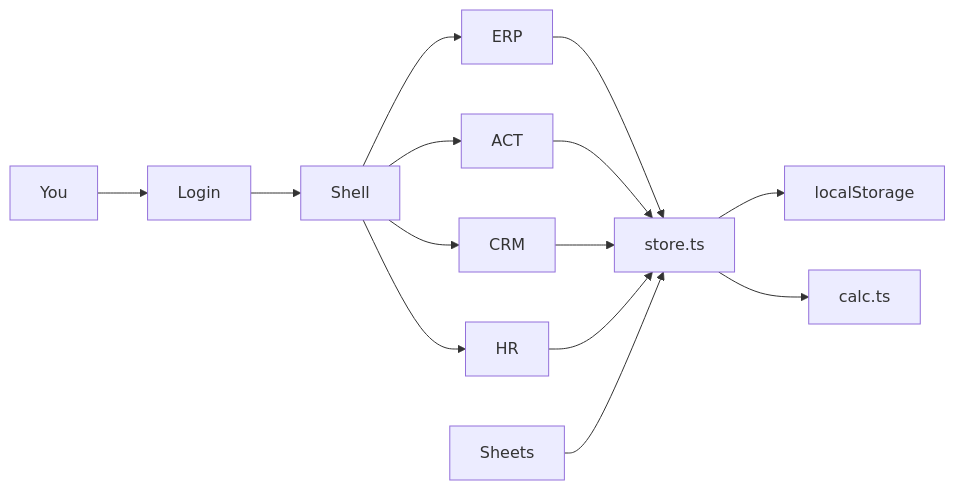
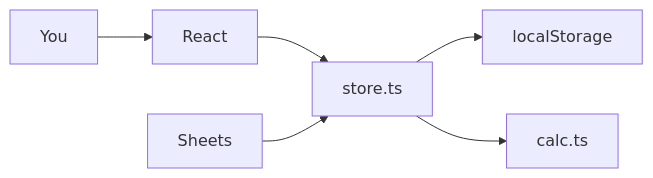
Before and after one commit to Nonarkara/each: the diagram in README.md, drawn with Mermaid. The commit also changed other lines of this file, not shown here.

Commit message:
docs: shrink mermaid so GitHub does not clip nodes
Keep labels short; four modules named in prose under the graph.

````diff
--- a/README.md
+++ b/README.md
@@ -134,16 +134,8 @@
 ```mermaid
 flowchart LR
-  You[You] --> Gate[Login]
-  Gate --> Shell[Shell]
-  Shell --> E[ERP]
-  Shell --> A[ACT]
-  Shell --> C[CRM]
-  Shell --> H[HR]
-  E --> S[store.ts]
-  A --> S
-  C --> S
-  H --> S
+  You[You] --> UI[React]
+  UI --> S[store.ts]
   S --> LS[localStorage]
   Sheet[Sheets] --> S
-  S --> Calc[calc.ts]
+  S --> F[calc.ts]
 ```
````
